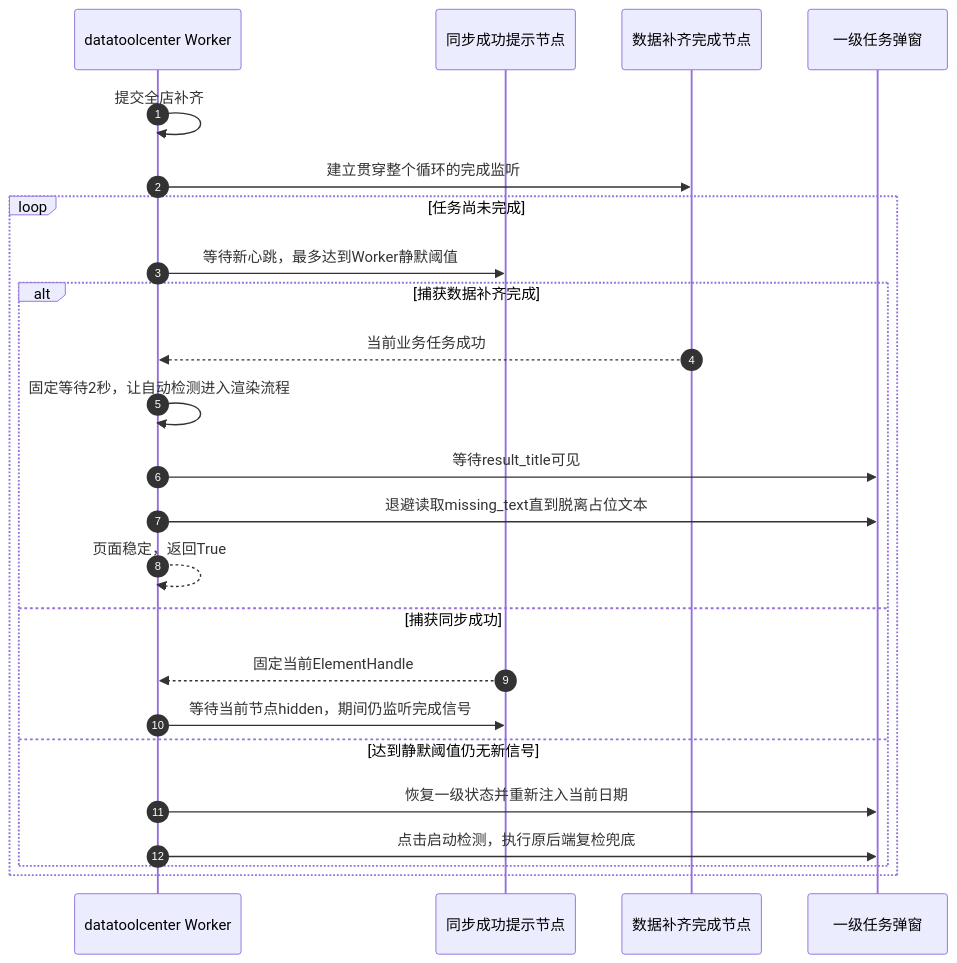
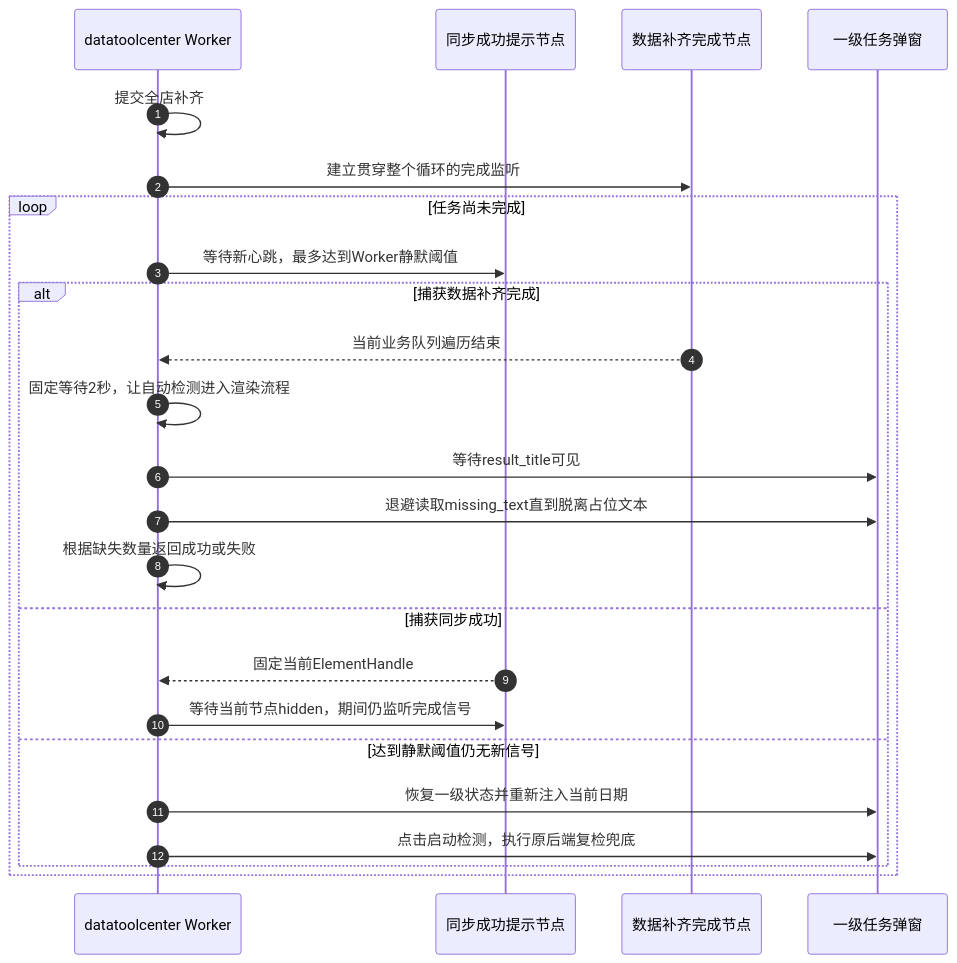
The tenth of 15 diagrams in ARCHITECTURE.md (liao084/BitBrowser-Backfill-Engine), drawn with Mermaid before and after one commit. The commit also changed other lines of this file and 14 other files, not shown here.

````diff
--- a/ARCHITECTURE.md
+++ b/ARCHITECTURE.md
@@ -379,27 +382,27 @@
 ```mermaid
 sequenceDiagram
     autonumber
     participant W as datatoolcenter Worker
     participant Heartbeat as 同步成功提示节点
     participant Complete as 数据补齐完成节点
     participant Primary as 一级任务弹窗
 
     W->>W: 提交全店补齐
     W->>Complete: 建立贯穿整个循环的完成监听
     loop 任务尚未完成
         W->>Heartbeat: 等待新心跳，最多达到Worker静默阈值
         alt 捕获数据补齐完成
-            Complete-->>W: 当前业务任务成功
+            Complete-->>W: 当前业务队列遍历结束
             W->>W: 固定等待2秒，让自动检测进入渲染流程
             W->>Primary: 等待result_title可见
             W->>Primary: 退避读取missing_text直到脱离占位文本
-            W-->>W: 页面稳定，返回True
+            W->>W: 根据缺失数量返回成功或失败
         else 捕获同步成功
             Heartbeat-->>W: 固定当前ElementHandle
             W->>Heartbeat: 等待当前节点hidden，期间仍监听完成信号
         else 达到静默阈值仍无新信号
             W->>Primary: 恢复一级状态并重新注入当前日期
             W->>Primary: 点击启动检测，执行原后端复检兜底
         end
     end
 ```
````
